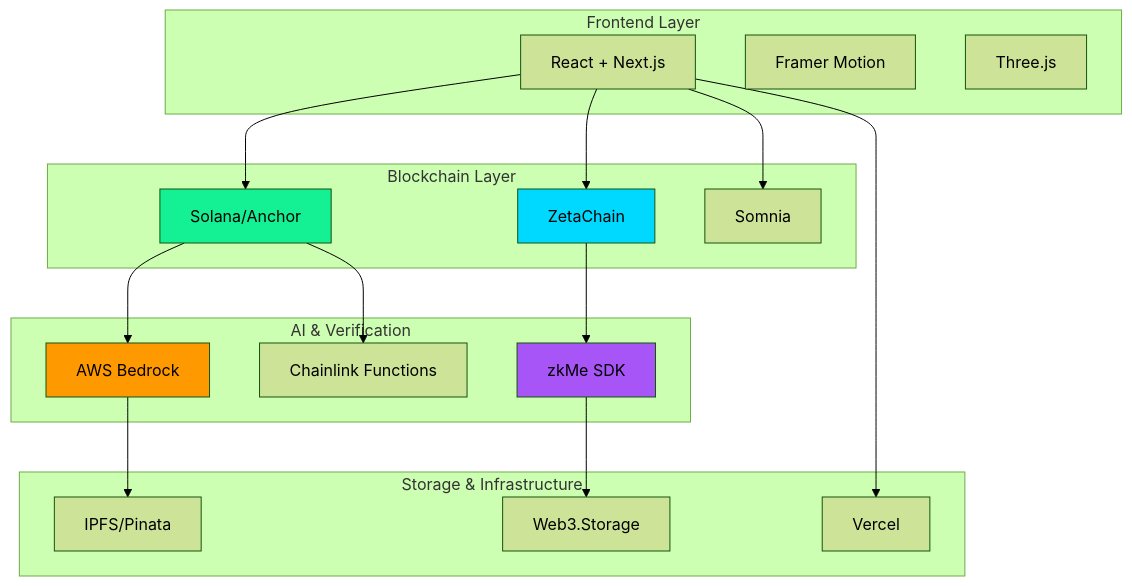
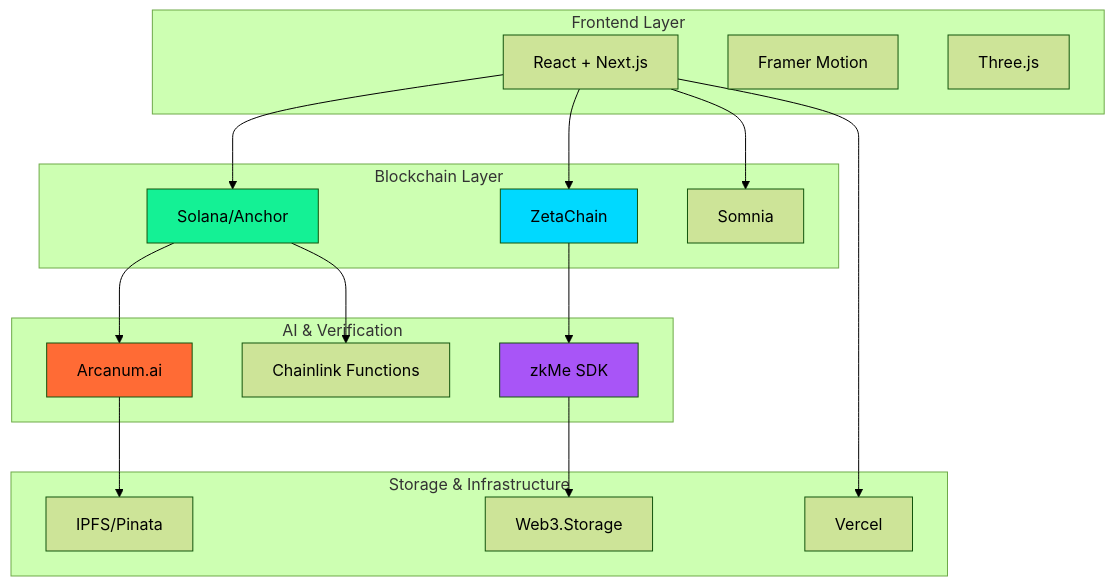
One commit to De-real-iManuel/aetherlock-docs changed the second of 3 diagrams in partners.mdx. Above: the diagram before and after it, drawn with Mermaid (forest theme). The commit also changed other lines of this file and 92 other files, not shown here.

````diff
--- a/partners.mdx
+++ b/partners.mdx
@@ -367,41 +517,41 @@
 ```mermaid
 graph TB
     subgraph "Frontend Layer"
         A[React + Next.js]
         B[Framer Motion]
         C[Three.js]
     end
     
     subgraph "Blockchain Layer"
         D[Solana/Anchor]
         E[ZetaChain]
         F[Somnia]
     end
     
     subgraph "AI & Verification"
-        G[AWS Bedrock]
+        G[Arcanum.ai]
         H[zkMe SDK]
         I[Chainlink Functions]
     end
     
     subgraph "Storage & Infrastructure"
         J[IPFS/Pinata]
         K[Web3.Storage]
         L[Vercel]
     end
     
     A --> D
     A --> E
     A --> F
     D --> G
     E --> H
     D --> I
     G --> J
     H --> K
     A --> L
     
-    style G fill:#FF9900
+    style G fill:#FF6B35
     style H fill:#A855F7
     style D fill:#14F195
     style E fill:#00D9FF
 ```
````
